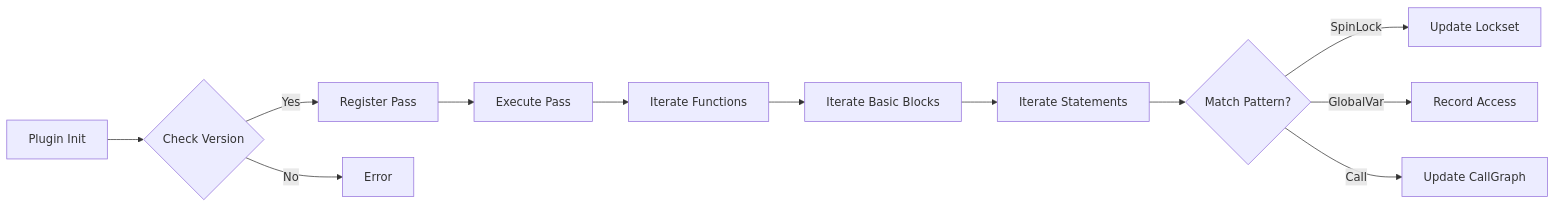
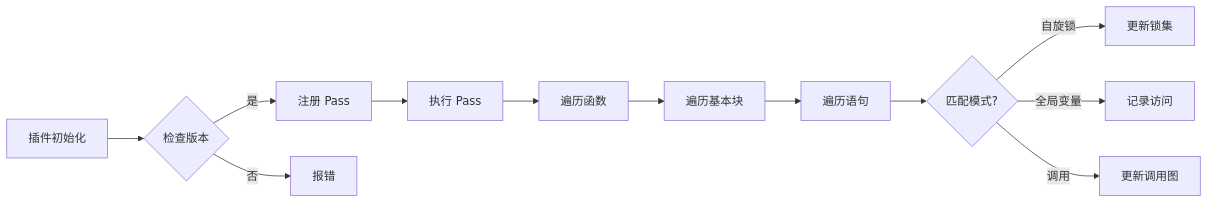
Before and after one commit to lehengzhangJacob/Linux_kernel_safety_tool: the seventh of 7 diagrams in README.md, drawn with Mermaid. The commit also changed other lines of this file, not shown here.

Commit message:
Translate all mermaid diagrams to Chinese

````diff
--- a/README.md
+++ b/README.md
@@ -590,14 +590,14 @@
 ```mermaid
 flowchart LR
-    A[Plugin Init] --> B{Check Version}
-    B -- Yes --> C[Register Pass]
-    B -- No --> D[Error]
-    C --> E[Execute Pass]
-    E --> F[Iterate Functions]
-    F --> G[Iterate Basic Blocks]
-    G --> H[Iterate Statements]
-    H --> I{Match Pattern?}
-    I -- SpinLock --> J[Update Lockset]
-    I -- GlobalVar --> K[Record Access]
-    I -- Call --> L[Update CallGraph]
+    A[插件初始化] --> B{检查版本}
+    B -- 是 --> C[注册 Pass]
+    B -- 否 --> D[报错]
+    C --> E[执行 Pass]
+    E --> F[遍历函数]
+    F --> G[遍历基本块]
+    G --> H[遍历语句]
+    H --> I{匹配模式?}
+    I -- 自旋锁 --> J[更新锁集]
+    I -- 全局变量 --> K[记录访问]
+    I -- 调用 --> L[更新调用图]
 ```
````
